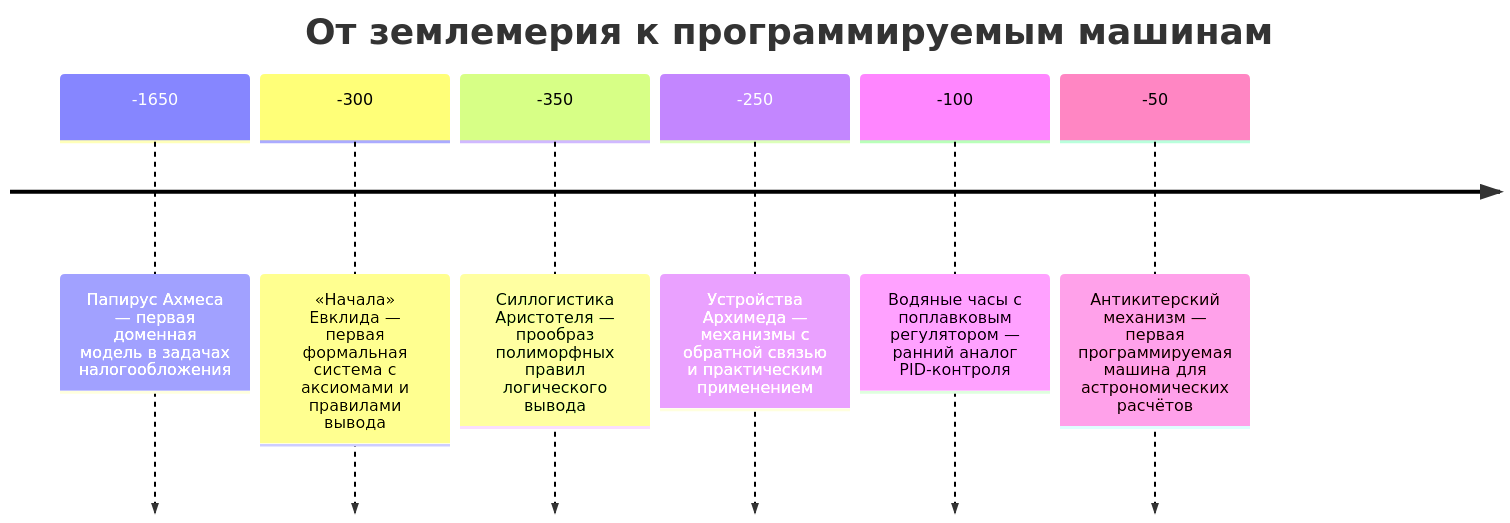
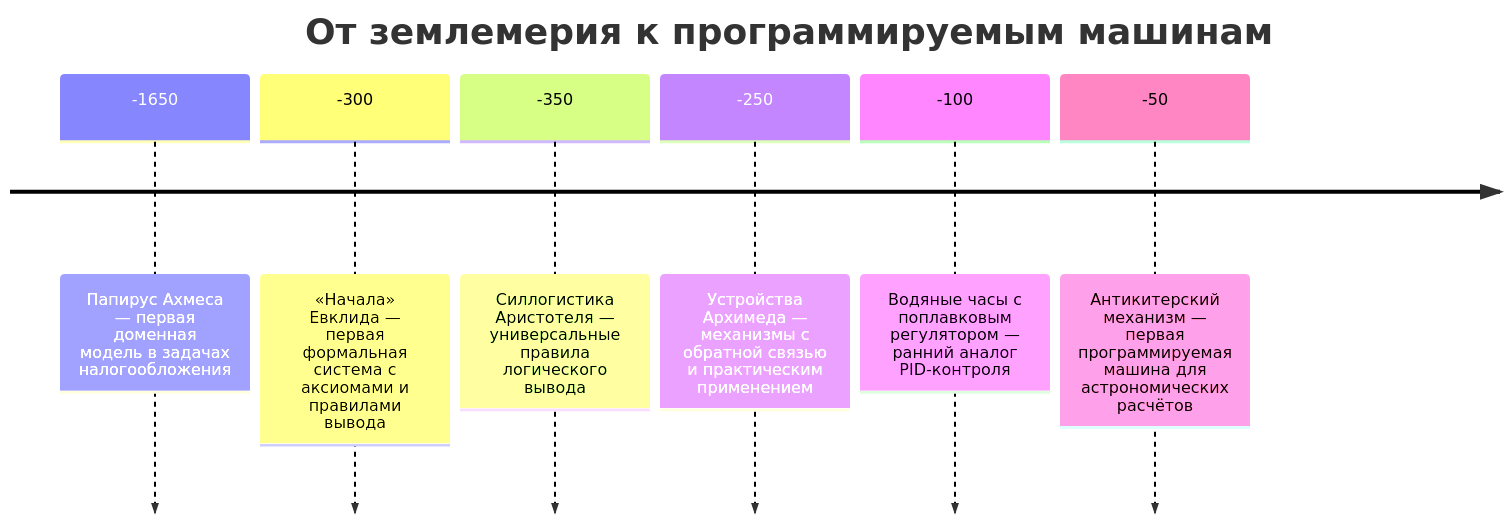
One commit to Spirzen/it-knowledge-base changed the fifth of 7 diagrams in docs/encyclopedia/1-basics/1-07-nemnogo-o-proshlom/2.md. Above: the diagram before and after it, drawn with Mermaid. The commit also changed other lines of this file and 1180 other files, not shown here.

````diff
--- a/docs/encyclopedia/1-basics/1-07-nemnogo-o-proshlom/2.md
+++ b/docs/encyclopedia/1-basics/1-07-nemnogo-o-proshlom/2.md
@@ -109,10 +121,10 @@
 ```mermaid
 timeline
     title От землемерия к программируемым машинам
     -1650 : Папирус Ахмеса — первая доменная модель в задачах налогообложения
     -300 : «Начала» Евклида — первая формальная система с аксиомами и правилами вывода
-    -350 : Силлогистика Аристотеля — прообраз полиморфных правил логического вывода
+    -350 : Силлогистика Аристотеля — универсальные правила логического вывода
     -250 : Устройства Архимеда — механизмы с обратной связью и практическим применением
     -100 : Водяные часы с поплавковым регулятором — ранний аналог PID-контроля
     -50 : Антикитерский механизм — первая программируемая машина для астрономических расчётов
 ```
````
